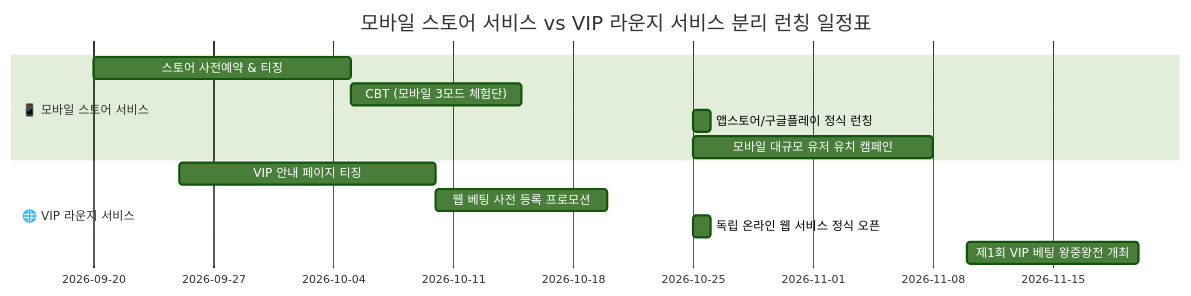
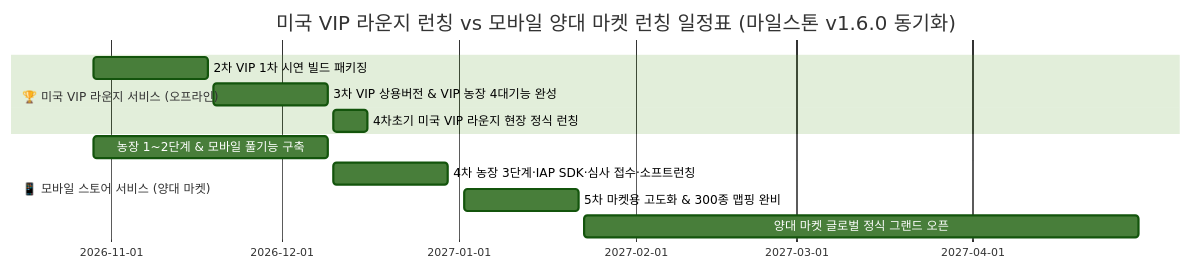
Before and after one commit to fingerfinger/rooster-rumble: the diagram in docs/common/docs/유저_동선_기반_진행_시나리오_및_마케팅_계획.md, drawn with Mermaid (forest theme). The commit also changed other lines of this file and 73 other files, not shown here.

Commit message:
feat: VIP 라운지 럼블 팜 4대 기능 반영, 전체 문서 v1.5.0 동기화 및 럼블 팜 프로토타입 웹보드 배포

````diff
--- a/docs/common/docs/유저_동선_기반_진행_시나리오_및_마케팅_계획.md
+++ b/docs/common/docs/유저_동선_기반_진행_시나리오_및_마케팅_계획.md
@@ -100,17 +90,16 @@
 ```mermaid
 gantt
     dateFormat  YYYY-MM-DD
-    title 모바일 스토어 서비스 vs VIP 라운지 서비스 분리 런칭 일정표
+    title 미국 VIP 라운지 런칭 vs 모바일 양대 마켓 런칭 일정표 (마일스톤 v1.6.0 동기화)
     
-    section 📱 모바일 스토어 서비스
-    스토어 사전예약 & 티징         :a1, 2026-09-20, 15d
-    CBT (모바일 3모드 체험단)      :a2, 2026-10-05, 10d
-    앱스토어/구글플레이 정식 런칭  :a3, 2026-10-25, 1d
-    모바일 대규모 유저 유치 캠페인 :a4, 2026-10-25, 14d
+    section 🏆 미국 VIP 라운지 서비스 (오프라인)
+    2차 VIP 1차 시연 빌드 패키징       :v1, 2026-10-29, 2026-11-18
+    3차 VIP 상용버전 & VIP 농장 4대기능 완성 :v2, 2026-11-19, 2026-12-09
+    4차초기 미국 VIP 라운지 현장 정식 런칭 :v3, 2026-12-10, 2026-12-16
     
-    section 🌐 VIP 라운지 서비스
-    VIP 안내 페이지 티징           :b1, 2026-09-25, 15d
-    웹 베팅 사전 등록 프로모션     :b2, 2026-10-10, 10d
-    독립 온라인 웹 서비스 정식 오픈:b3, 2026-10-25, 1d
-    제1회 VIP 베팅 왕중왕전 개최   :b4, 2026-11-10, 10d
+    section 📱 모바일 스토어 서비스 (양대 마켓)
+    농장 1~2단계 & 모바일 풀기능 구축    :m1, 2026-10-29, 2026-12-09
+    4차 농장 3단계·IAP SDK·심사 접수·소프트런칭 :m2, 2026-12-10, 2026-12-30
+    5차 마켓용 고도화 & 300종 맵핑 완비  :m3, 2027-01-02, 2027-01-22
+    양대 마켓 글로벌 정식 그랜드 오픈    :m4, 2027-01-23, 2027-04-30
 ```
````
